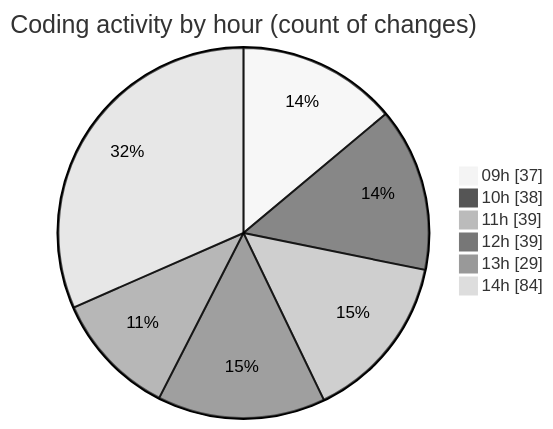
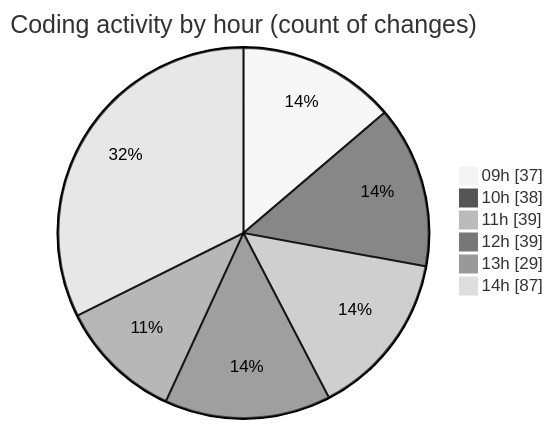
Before and after one commit to momahboobian/code-tracking: the second of 2 diagrams in 2025-02-12/cda/README.md, drawn with Mermaid (neutral theme). The commit also changed other lines of this file and 1 other file, not shown here.

````diff
--- a/2025-02-12/cda/README.md
+++ b/2025-02-12/cda/README.md
@@ -40,10 +40,10 @@
 ```mermaid
 pie showData
 title Coding activity by hour (count of changes)
 "09h" : 37
 "10h" : 38
 "11h" : 39
 "12h" : 39
 "13h" : 29
-"14h" : 84
+"14h" : 87
 ```
````
